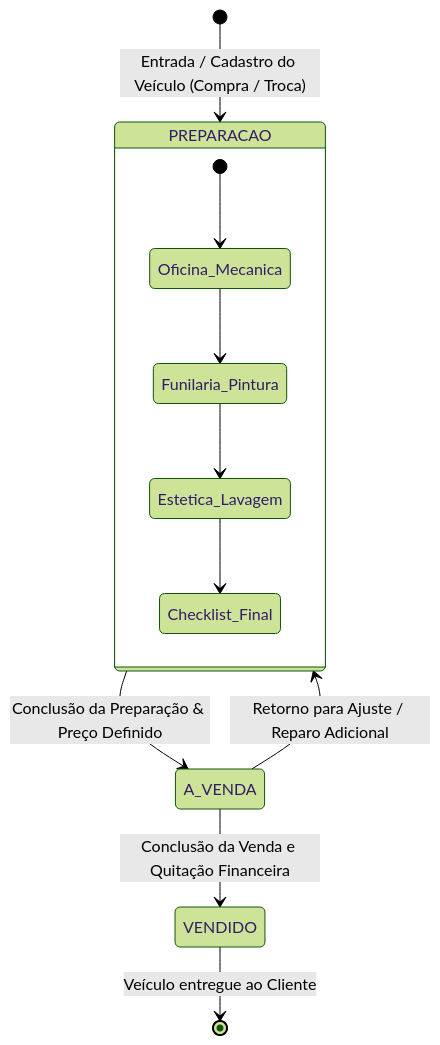
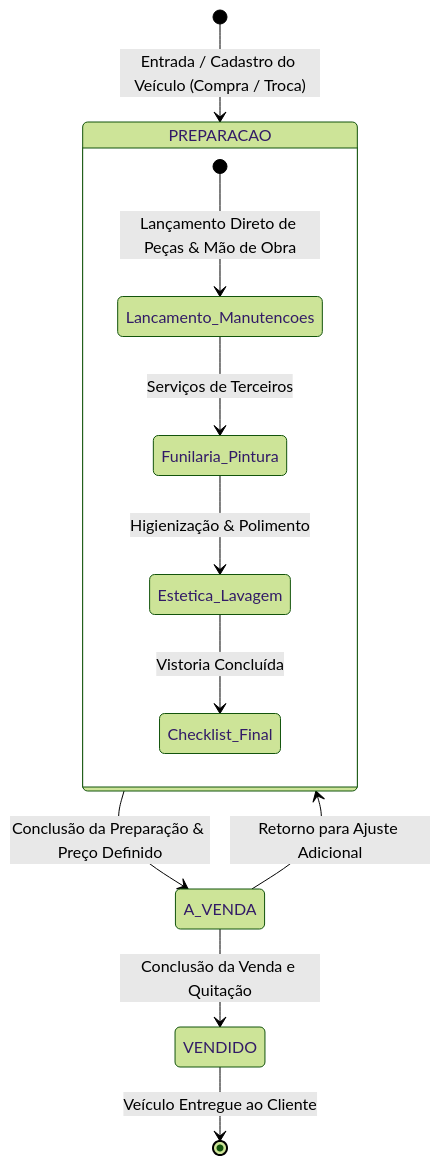
One commit to Alefe-M/CarZ changed the first of 3 diagrams in openspec/04-workflows.md. Above: the diagram before and after it, drawn with Mermaid (forest theme). The commit also changed other lines of this file and 25 other files, not shown here.

````diff
--- a/openspec/04-workflows.md
+++ b/openspec/04-workflows.md
@@ -7,19 +5,16 @@
 ```mermaid
 stateDiagram-v2
     [*] --> PREPARACAO : Entrada / Cadastro do Veículo (Compra / Troca)
     
     state PREPARACAO {
-        [*] --> Oficina_Mecanica
-        Oficina_Mecanica --> Funilaria_Pintura
-        Funilaria_Pintura --> Estetica_Lavagem
-        Estetica_Lavagem --> Checklist_Final
+        [*] --> Lancamento_Manutencoes : Lançamento Direto de Peças & Mão de Obra
+        Lancamento_Manutencoes --> Funilaria_Pintura : Serviços de Terceiros
+        Funilaria_Pintura --> Estetica_Lavagem : Higienização & Polimento
+        Estetica_Lavagem --> Checklist_Final : Vistoria Concluída
     }
     
     PREPARACAO --> A_VENDA : Conclusão da Preparação & Preço Definido
-    
-    A_VENDA --> PREPARACAO : Retorno para Ajuste / Reparo Adicional
-    
-    A_VENDA --> VENDIDO : Conclusão da Venda e Quitação Financeira
-    
-    VENDIDO --> [*] : Veículo entregue ao Cliente
+    A_VENDA --> PREPARACAO : Retorno para Ajuste Adicional
+    A_VENDA --> VENDIDO : Conclusão da Venda e Quitação
+    VENDIDO --> [*] : Veículo Entregue ao Cliente
 ```
````
